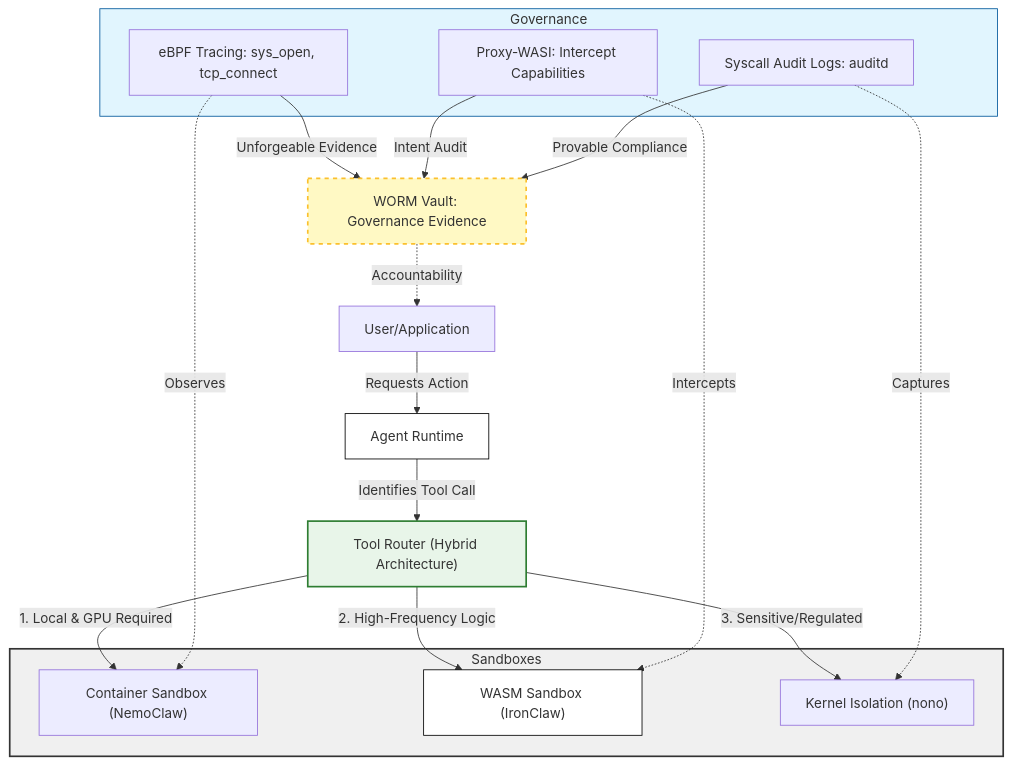
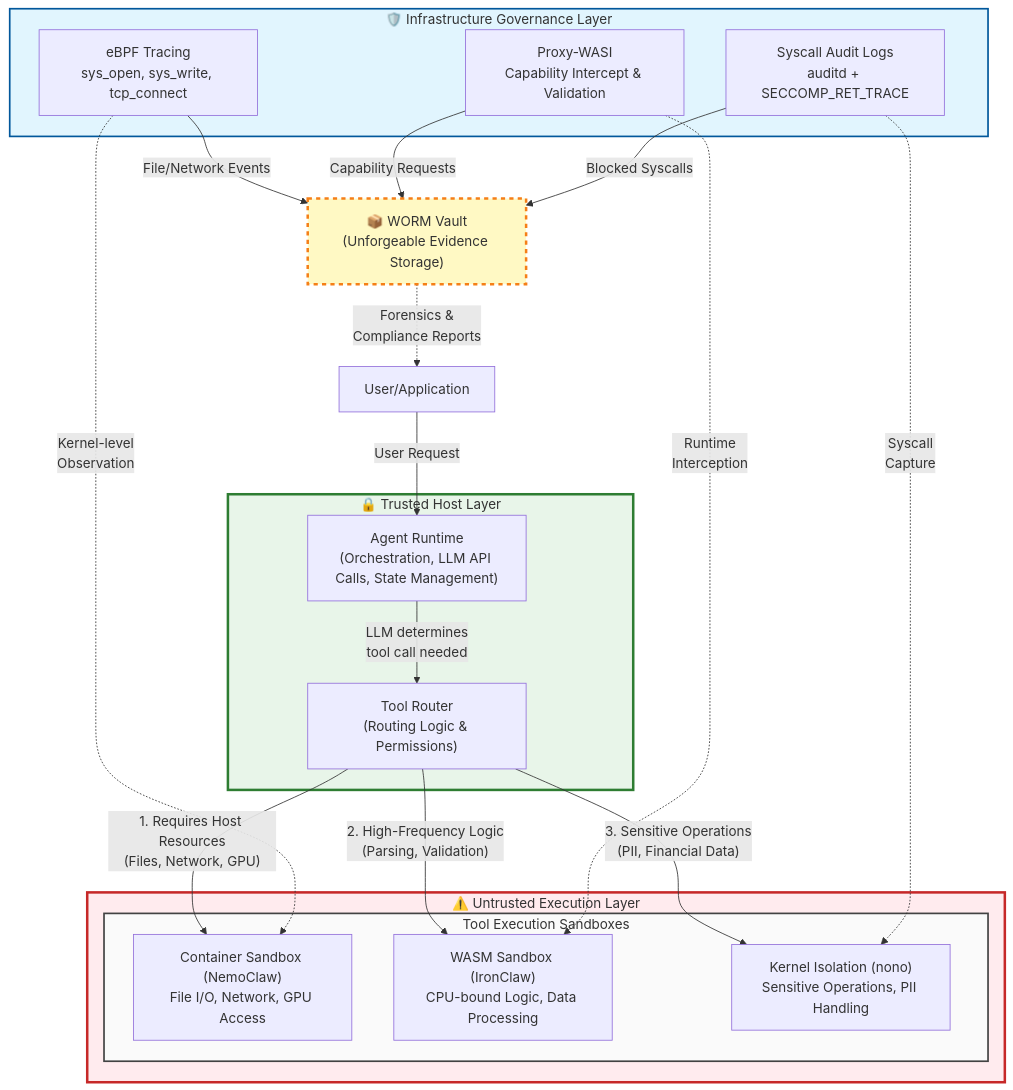
One commit to AgentProject-AI/agentproject changed the diagram in security/AI_Agent_Sandboxing_Containers_vs_WASM_vs_Kernel-Level_Isolation.md. Above: the diagram before and after it, drawn with Mermaid. The commit also changed other lines of this file, not shown here.

First line of the commit message:
Update AI_Agent_Sandboxing_Containers_vs_WASM_vs_Kernel-Level_Isolation.md

````diff
--- a/security/AI_Agent_Sandboxing_Containers_vs_WASM_vs_Kernel-Level_Isolation.md
+++ b/security/AI_Agent_Sandboxing_Containers_vs_WASM_vs_Kernel-Level_Isolation.md
@@ -14,54 +11,58 @@
 ```mermaid
 graph TD
-    %% Main Nodes
     User[User/Application]
-    AgentRuntime[Agent Runtime]
-    ToolRouter["Tool Router (Hybrid Architecture)"]
 
-    %% Sandbox Types
-    subgraph Sandboxes
-        Container["Container Sandbox (NemoClaw)"]
-        WASM["WASM Sandbox (IronClaw)"]
-        Kernel["Kernel Isolation (nono)"]
+    %% Trusted Layer
+    subgraph TrustedLayer["🔒 Trusted Host Layer"]
+        AgentRuntime["Agent Runtime<br/>(Orchestration, LLM API Calls, State Management)"]
+        ToolRouter["Tool Router<br/>(Routing Logic & Permissions)"]
     end
 
-    %% Monitoring/Governance Layer
-    subgraph Governance
-        eBPF[eBPF Tracing: sys_open, tcp_connect]
-        ProxyWASI[Proxy-WASI: Intercept Capabilities]
-        AuditLog[Syscall Audit Logs: auditd]
+    %% Untrusted Execution Layer
+    subgraph UntrustedLayer["⚠️ Untrusted Execution Layer"]
+        subgraph Sandboxes["Tool Execution Sandboxes"]
+            Container["Container Sandbox (NemoClaw)<br/>File I/O, Network, GPU Access"]
+            WASM["WASM Sandbox (IronClaw)<br/>CPU-bound Logic, Data Processing"]
+            Kernel["Kernel Isolation (nono)<br/>Sensitive Operations, PII Handling"]
+        end
     end
 
-    %% Storage
-    WORM[WORM Vault: Governance Evidence]
+    %% Infrastructure Governance Layer
+    subgraph GovernanceLayer["🛡️ Infrastructure Governance Layer"]
+        eBPF["eBPF Tracing<br/>sys_open, sys_write, tcp_connect"]
+        ProxyWASI["Proxy-WASI<br/>Capability Intercept & Validation"]
+        AuditLog["Syscall Audit Logs<br/>auditd + SECCOMP_RET_TRACE"]
+    end
 
-    %% Flow: Execution
-    User -->|Requests Action| AgentRuntime
-    AgentRuntime -->|Identifies Tool Call| ToolRouter
+    %% Immutable Storage
+    WORM["📦 WORM Vault<br/>(Unforgeable Evidence Storage)"]
 
-    %% hybrid decision logic
-    ToolRouter -->|1. Local & GPU Required| Container
-    ToolRouter -->|2. High-Frequency Logic| WASM
-    ToolRouter -->|3. Sensitive/Regulated| Kernel
+    %% Flow: Execution Path
+    User -->|"User Request"| AgentRuntime
+    AgentRuntime -->|"LLM determines<br/>tool call needed"| ToolRouter
 
-    %% Flow: Observation
-    eBPF -.->|Observes| Container
-    ProxyWASI -.->|Intercepts| WASM
-    AuditLog -.->|Captures| Kernel
+    %% Routing Decision Logic
+    ToolRouter -->|"1. Requires Host Resources<br/>(Files, Network, GPU)"| Container
+    ToolRouter -->|"2. High-Frequency Logic<br/>(Parsing, Validation)"| WASM
+    ToolRouter -->|"3. Sensitive Operations<br/>(PII, Financial Data)"| Kernel
 
-    %% Flow: Log Delivery
-    eBPF -->|Unforgeable Evidence| WORM
-    ProxyWASI -->|Intent Audit| WORM
-    AuditLog -->|Provable Compliance| WORM
+    %% Governance Observation (Dotted = Passive Monitoring)
+    eBPF -.->|"Kernel-level<br/>Observation"| Container
+    ProxyWASI -.->|"Runtime<br/>Interception"| WASM
+    AuditLog -.->|"Syscall<br/>Capture"| Kernel
 
-    %% Feedback loop
-    WORM -.->|Accountability| User
+    %% Audit Trail Flow
+    eBPF -->|"File/Network Events"| WORM
+    ProxyWASI -->|"Capability Requests"| WORM
+    AuditLog -->|"Blocked Syscalls"| WORM
+
+    %% Accountability Loop
+    WORM -.->|"Forensics &<br/>Compliance Reports"| User
 
     %% Styling
-    style Sandboxes fill:#f0f0f0,stroke:#333,stroke-width:2px
-    style Governance fill:#e1f5fe,stroke:#01579b,stroke-width:1px
-    style WORM fill:#fff9c4,stroke:#fbc02d,stroke-width:2px,stroke-dasharray: 5 5
-    style ToolRouter fill:#e8f5e9,stroke:#2e7d32,stroke-width:2px
-    style WASM fill:#ffffff,stroke:#000000,stroke-width:1px
-    style AgentRuntime fill:#ffffff,stroke:#000000,stroke-width:1px
+    style TrustedLayer fill:#e8f5e9,stroke:#2e7d32,stroke-width:3px
+    style UntrustedLayer fill:#ffebee,stroke:#c62828,stroke-width:3px
+    style GovernanceLayer fill:#e1f5fe,stroke:#01579b,stroke-width:2px
+    style WORM fill:#fff9c4,stroke:#f57f17,stroke-width:3px,stroke-dasharray: 5 5
+    style Sandboxes fill:#fafafa,stroke:#424242,stroke-width:2px
 ```
````
